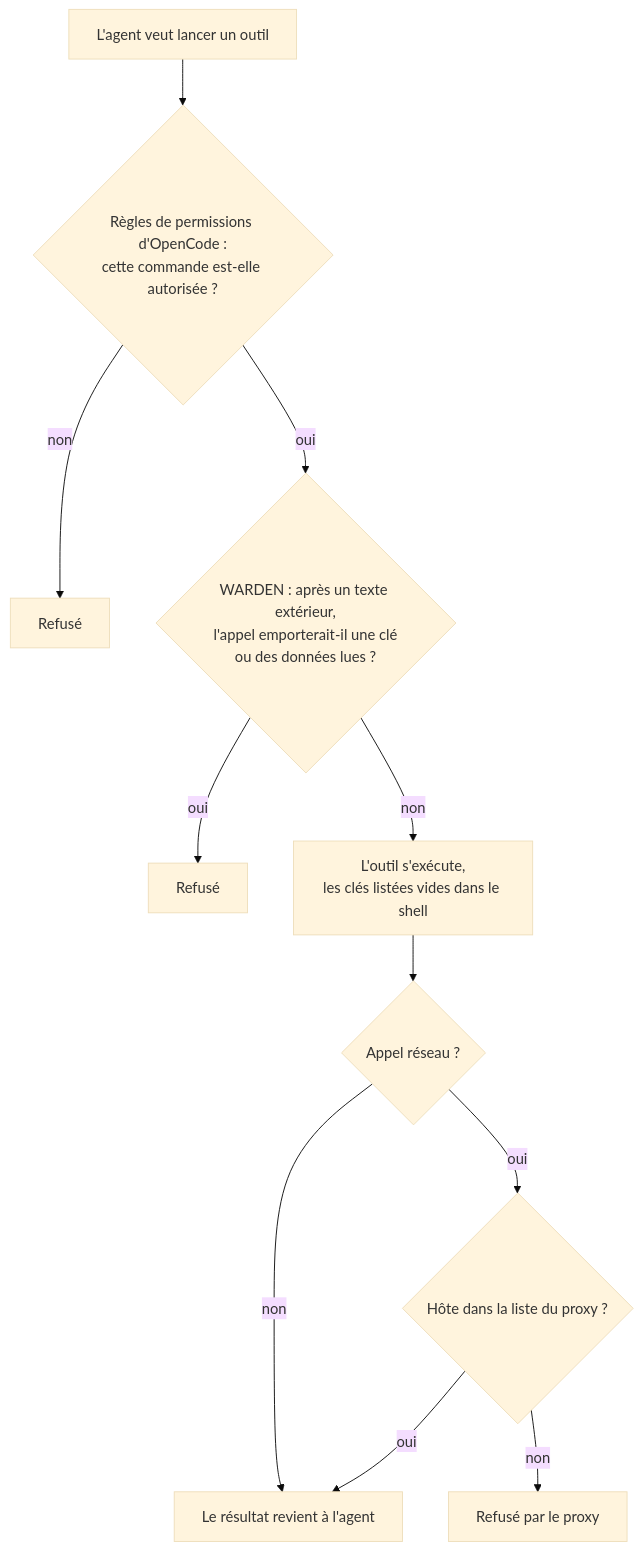
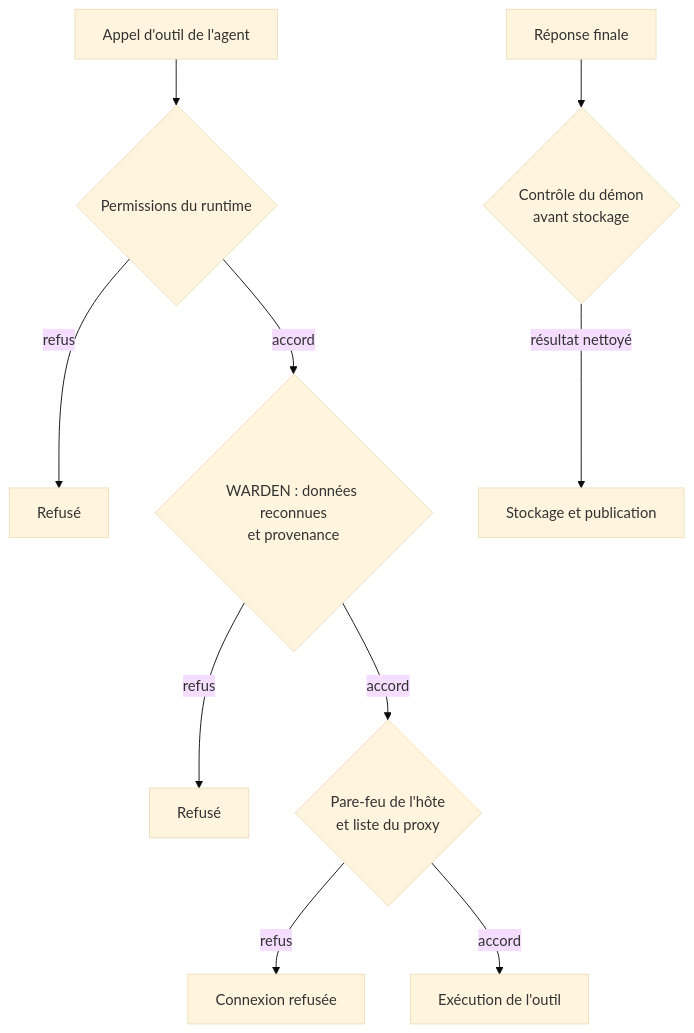
Before and after one commit to alexar76/aicom: the third of 5 diagrams in multica/manual/README.fr.md, drawn with Mermaid (base theme). The commit also changed other lines of this file and 3001 other files, not shown here.

````diff
--- a/multica/manual/README.fr.md
+++ b/multica/manual/README.fr.md
@@ -259,13 +379,12 @@
 ```mermaid
 flowchart TB
-  t["L'agent veut lancer un outil"] --> p{"Règles de permissions d'OpenCode :<br/>cette commande est-elle autorisée ?"}
-  p -- "non" --> r1["Refusé"]
-  p -- "oui" --> w{"WARDEN : après un texte extérieur,<br/>l'appel emporterait-il une clé<br/>ou des données lues ?"}
-  w -- "oui" --> r2["Refusé"]
-  w -- "non" --> run["L'outil s'exécute,<br/>les clés listées vides dans le shell"]
-  run --> net{"Appel réseau ?"}
-  net -- "non" --> ok["Le résultat revient à l'agent"]
-  net -- "oui" --> e{"Hôte dans la liste du proxy ?"}
-  e -- "non" --> r3["Refusé par le proxy"]
-  e -- "oui" --> ok
+  t["Appel d'outil de l'agent"] --> p{"Permissions du runtime"}
+  p -- "refus" --> r1["Refusé"]
+  p -- "accord" --> w{"WARDEN : données reconnues<br/>et provenance"}
+  w -- "refus" --> r2["Refusé"]
+  w -- "accord" --> n{"Pare-feu de l'hôte<br/>et liste du proxy"}
+  n -- "refus" --> r3["Connexion refusée"]
+  n -- "accord" --> ok["Exécution de l'outil"]
+  a["Réponse finale"] --> g{"Contrôle du démon<br/>avant stockage"}
+  g -- "résultat nettoyé" --> s["Stockage et publication"]
 ```
````
